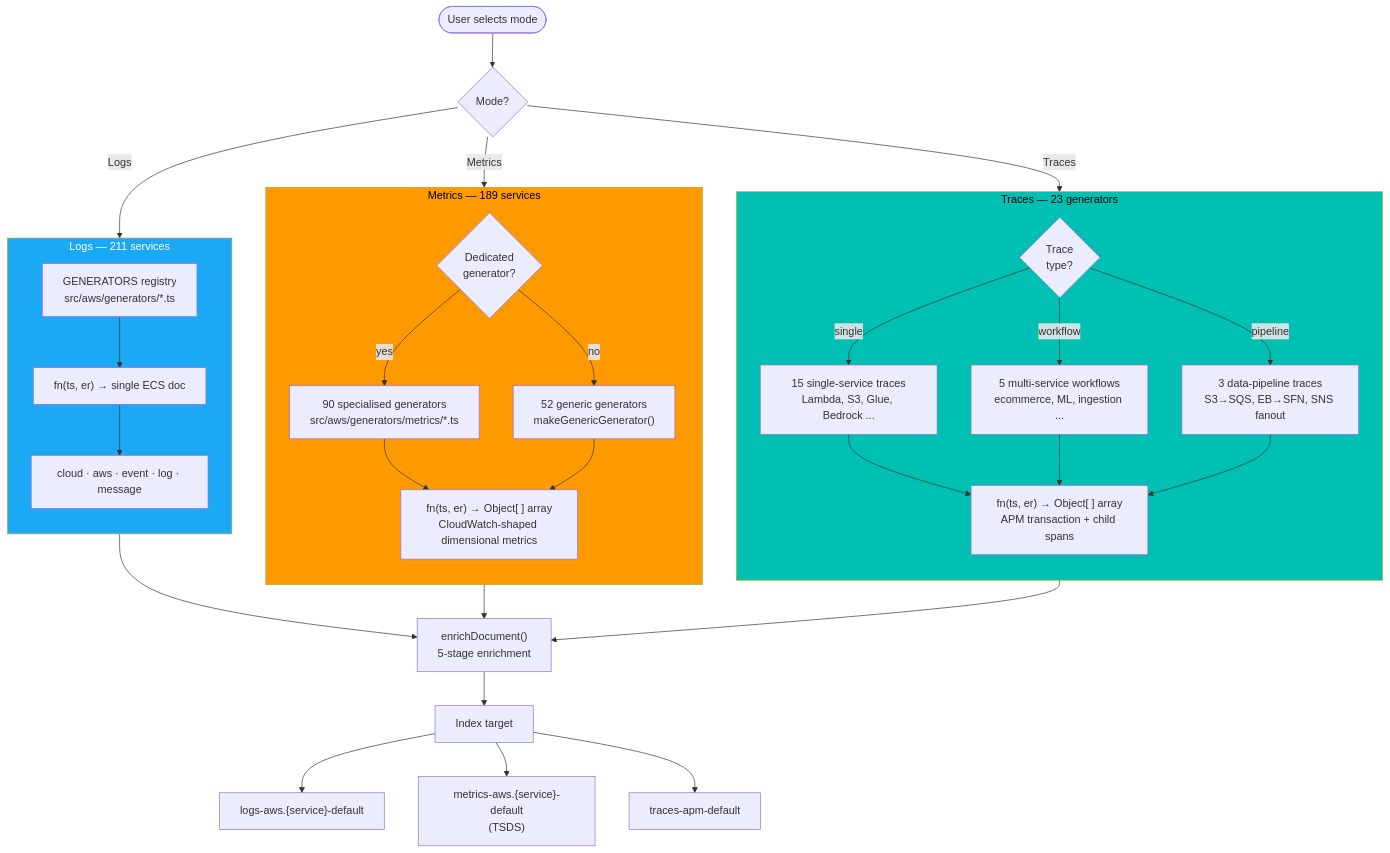
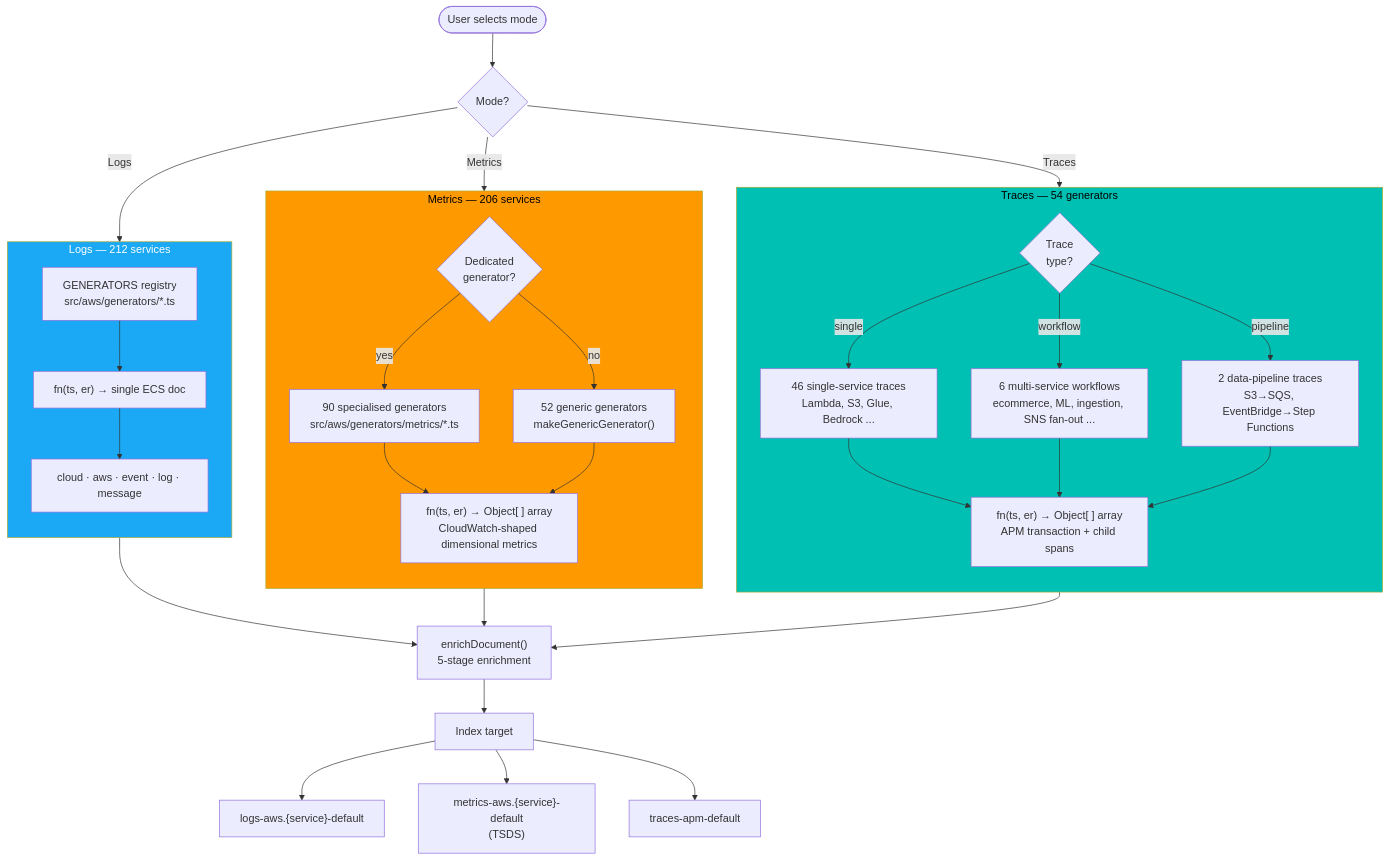
Before and after one commit to rkernutt/cloud-to-elastic-load-generator: the fifth of 14 diagrams in docs/diagrams.md, drawn with Mermaid. The commit also changed other lines of this file and 13 other files, not shown here.

````diff
--- a/docs/diagrams.md
+++ b/docs/diagrams.md
@@ -353,54 +355,54 @@
 ```mermaid
 flowchart TD
     UI(["User selects mode"]) --> SWITCH{"Mode?"}
 
     SWITCH -->|"Logs"| LOGS
     SWITCH -->|"Metrics"| METRICS
     SWITCH -->|"Traces"| TRACES
 
-    subgraph LOGS["Logs — 211 services"]
+    subgraph LOGS["Logs — 212 services"]
         direction TB
         L1["GENERATORS registry\nsrc/aws/generators/*.ts"]
         L2["fn(ts, er) → single ECS doc"]
         L3["cloud · aws · event · log · message"]
         L1 --> L2 --> L3
     end
 
-    subgraph METRICS["Metrics — 189 services"]
+    subgraph METRICS["Metrics — 206 services"]
         direction TB
         M1{"Dedicated\ngenerator?"}
         M2["90 specialised generators\nsrc/aws/generators/metrics/*.ts"]
         M3["52 generic generators\nmakeGenericGenerator()"]
         M4["fn(ts, er) → Object[ ] array\nCloudWatch-shaped dimensional metrics"]
         M1 -->|"yes"| M2 --> M4
         M1 -->|"no"| M3 --> M4
     end
 
-    subgraph TRACES["Traces — 23 generators"]
+    subgraph TRACES["Traces — 54 generators"]
         direction TB
         T1{"Trace\ntype?"}
-        T2["15 single-service traces\nLambda, S3, Glue, Bedrock ..."]
-        T3["5 multi-service workflows\necommerce, ML, ingestion ..."]
-        T4["3 data-pipeline traces\nS3→SQS, EB→SFN, SNS fanout"]
+        T2["46 single-service traces\nLambda, S3, Glue, Bedrock ..."]
+        T3["6 multi-service workflows\necommerce, ML, ingestion, SNS fan-out ..."]
+        T4["2 data-pipeline traces\nS3→SQS, EventBridge→Step Functions"]
         T5["fn(ts, er) → Object[ ] array\nAPM transaction + child spans"]
         T1 -->|"single"| T2 --> T5
         T1 -->|"workflow"| T3 --> T5
         T1 -->|"pipeline"| T4 --> T5
     end
 
     LOGS --> ENR
     METRICS --> ENR
     TRACES --> ENR
 
     ENR["enrichDocument()\n5-stage enrichment"]
     ENR --> IDX
 
     IDX["Index target"]
     IDX --> IDX_L["logs-aws.{service}-default"]
     IDX --> IDX_M["metrics-aws.{service}-default\n(TSDS)"]
     IDX --> IDX_T["traces-apm-default"]
 
     style LOGS fill:#1BA9F5,color:#fff
     style METRICS fill:#FF9900,color:#000
     style TRACES fill:#00BFB3,color:#000
 ```
````
